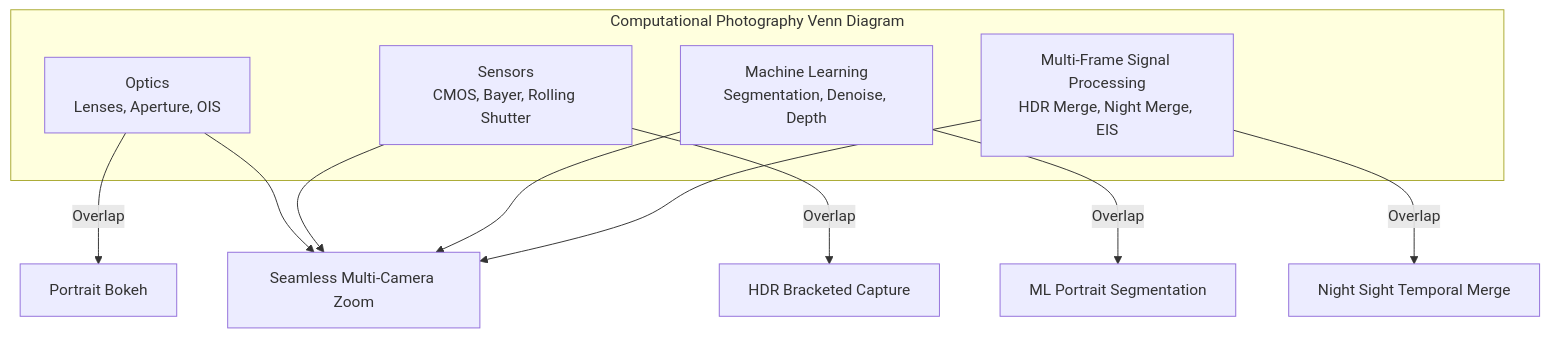
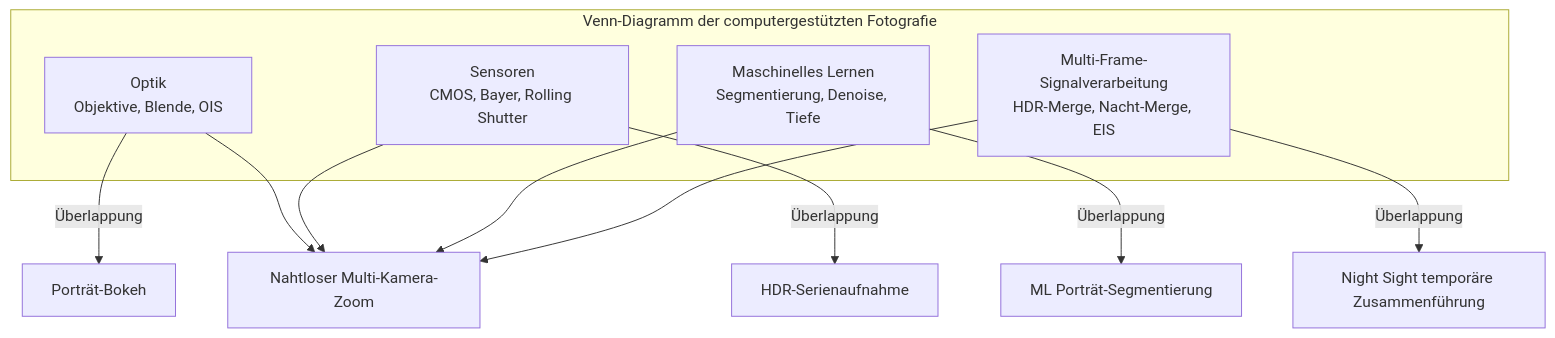
The seventh of 7 diagrams in website/i18n/de/docusaurus-plugin-content-docs/current/camera2/what-can-modern-smartphone-cameras-do.md (zoozooll/AndroidCameraParameters), drawn with Mermaid before and after one commit. The commit also changed other lines of this file and 378 other files, not shown here.

````diff
--- a/website/i18n/de/docusaurus-plugin-content-docs/current/camera2/what-can-modern-smartphone-cameras-do.md
+++ b/website/i18n/de/docusaurus-plugin-content-docs/current/camera2/what-can-modern-smartphone-cameras-do.md
@@ -207,14 +207,14 @@
 ```mermaid
 graph TD
-    subgraph "Computational Photography Venn Diagram"
-        A[Optics\nLenses, Aperture, OIS]
-        B[Sensors\nCMOS, Bayer, Rolling Shutter]
-        C[Machine Learning\nSegmentation, Denoise, Depth]
-        D[Multi-Frame Signal Processing\nHDR Merge, Night Merge, EIS]
+    subgraph "Venn-Diagramm der computergestützten Fotografie"
+        A["Optik<br/>Objektive, Blende, OIS"]
+        B["Sensoren<br/>CMOS, Bayer, Rolling Shutter"]
+        C["Maschinelles Lernen<br/>Segmentierung, Denoise, Tiefe"]
+        D["Multi-Frame-Signalverarbeitung<br/>HDR-Merge, Nacht-Merge, EIS"]
     end
-    A -- Overlap --> E[Portrait Bokeh]
-    B -- Overlap --> F[HDR Bracketed Capture]
-    C -- Overlap --> G[ML Portrait Segmentation]
-    D -- Overlap --> H[Night Sight Temporal Merge]
-    A & B & C & D --> I[Seamless Multi-Camera Zoom]
+    A -- Überlappung --> E["Porträt-Bokeh"]
+    B -- Überlappung --> F["HDR-Serienaufnahme"]
+    C -- Überlappung --> G["ML Porträt-Segmentierung"]
+    D -- Überlappung --> H["Night Sight temporäre Zusammenführung"]
+    A & B & C & D --> I["Nahtloser Multi-Kamera-Zoom"]
 ```
````
